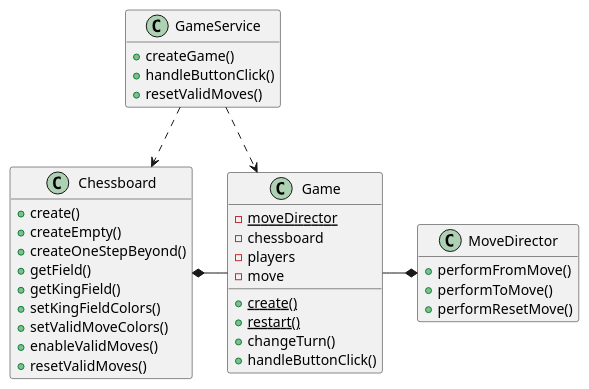
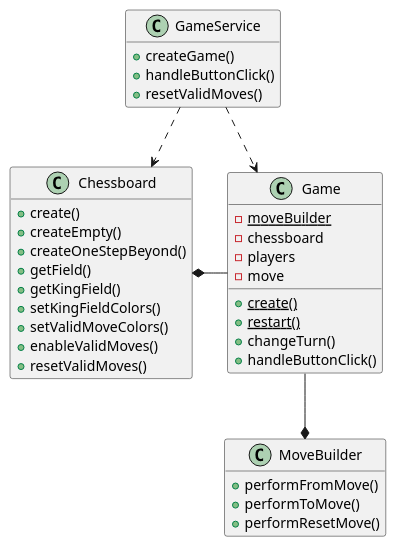
One commit to tiktaalick/chess-with-database changed the diagram in game/src/main/resources/uml/game.puml. Above: the diagram before and after it, drawn with PlantUML. The commit also changed 7 other files, not shown here.

```diff
--- a/game/src/main/resources/uml/game.puml
+++ b/game/src/main/resources/uml/game.puml
@@ -1,54 +1,54 @@
 @startuml
 
 '--------------'
 'Hidden members'
 '--------------'
 hide empty members
 
 '----'
 'Game'
 '----'
 class GameService {
     + createGame()
     + handleButtonClick()
     + resetValidMoves()
 }
 
 class Game {
-    - {static} moveDirector
+    - {static} moveBuilder
     - chessboard
     - players
     - move
     + {static} create()
     + {static} restart()
     + changeTurn()
     + handleButtonClick()
 }
 
 class Chessboard {
     + create()
     + createEmpty()
     + createOneStepBeyond()
     + getField()
     + getKingField()
     + setKingFieldColors()
     + setValidMoveColors()
     + enableValidMoves()
     + resetValidMoves()
 }
 
-class MoveDirector {
+class MoveBuilder {
     + performFromMove()
     + performToMove()
     + performResetMove()
 }
 
 '---------'
 'Relations'
 '---------'
 GameService ..> Game
 GameService ..> Chessboard
 Game -left-* Chessboard
-Game -right-* MoveDirector
+Game -down-* MoveBuilder
 
 @enduml
```
